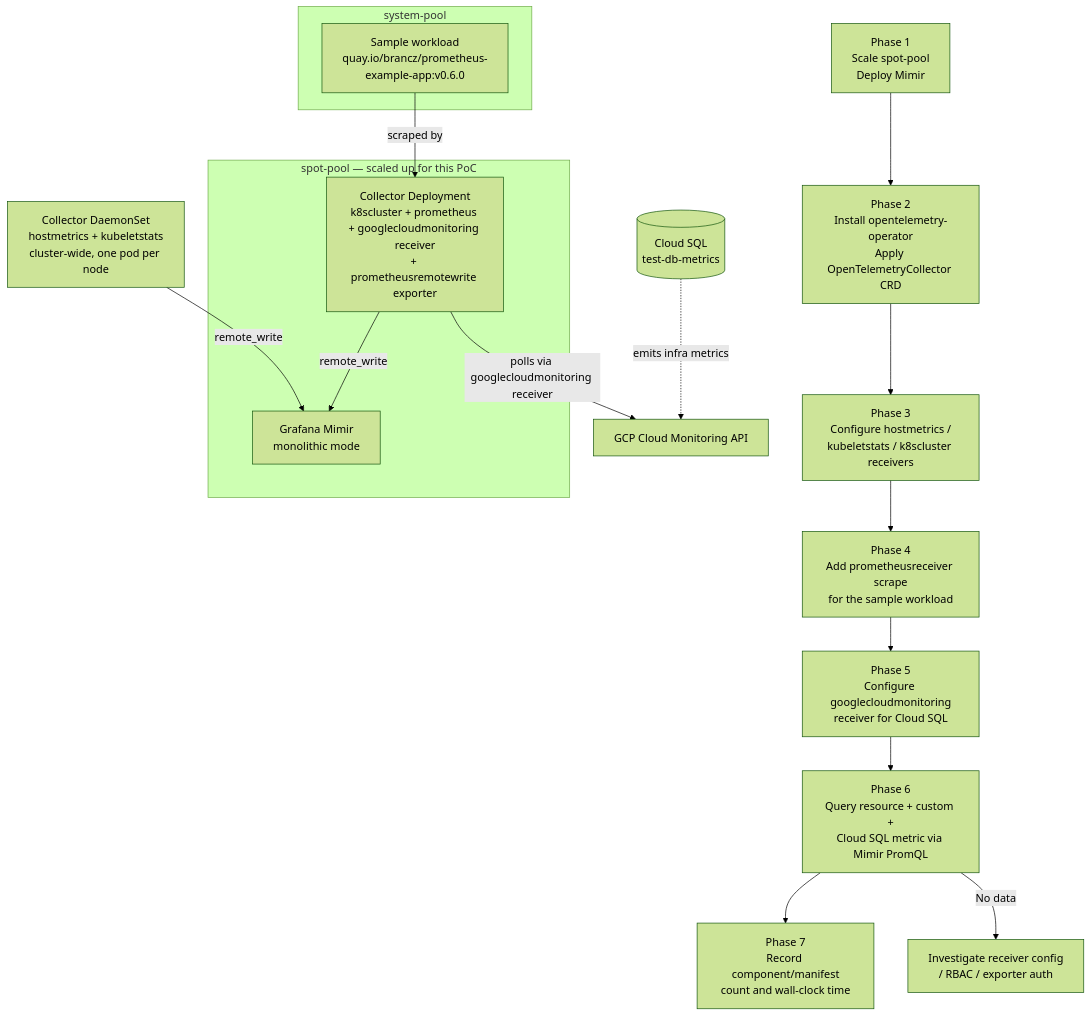
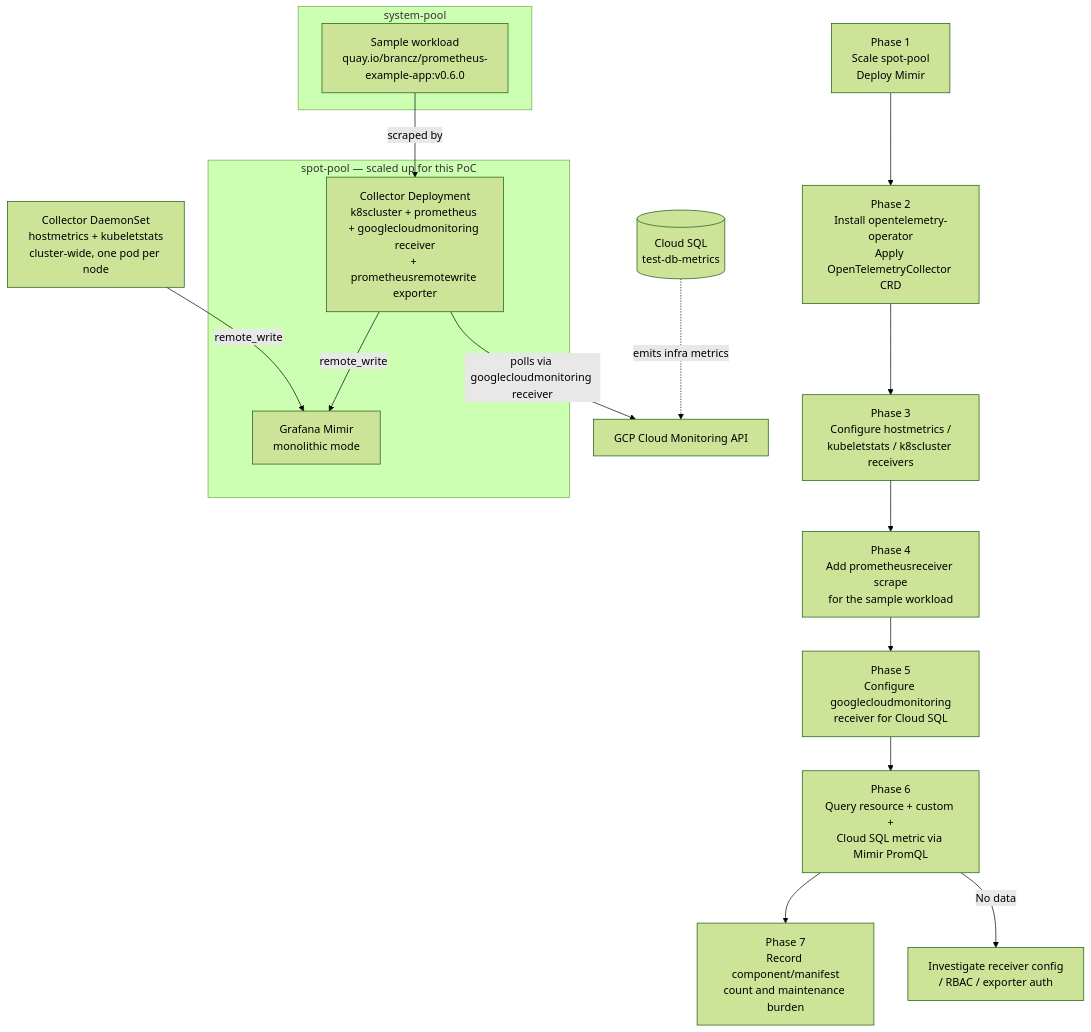
One commit to aripermana-putra/ucp-docs-collection changed the diagram in docs/projects/universal-control-plane-ucp/pocs/monaas-otel-collector/design.md. Above: the diagram before and after it, drawn with Mermaid (forest theme). The commit also changed other lines of this file and 6 other files, not shown here.

````diff
--- a/docs/projects/universal-control-plane-ucp/pocs/monaas-otel-collector/design.md
+++ b/docs/projects/universal-control-plane-ucp/pocs/monaas-otel-collector/design.md
@@ -74,30 +77,30 @@
 ```mermaid
 flowchart TD
     subgraph SystemPool["system-pool"]
         App[Sample workload\nquay.io/brancz/prometheus-example-app:v0.6.0]
     end
 
     subgraph SpotPool["spot-pool — scaled up for this PoC"]
         Dep[Collector Deployment\nk8scluster + prometheus + googlecloudmonitoring receiver\n+ prometheusremotewrite exporter]
         Mimir[Grafana Mimir\nmonolithic mode]
     end
 
     DS[Collector DaemonSet\nhostmetrics + kubeletstats\ncluster-wide, one pod per node]
 
     CloudSQL[(Cloud SQL\ntest-db-metrics)]
     CM[GCP Cloud Monitoring API]
 
     App -- scraped by --> Dep
     CloudSQL -. emits infra metrics .-> CM
     Dep -- polls via googlecloudmonitoring receiver --> CM
     DS -- remote_write --> Mimir
     Dep -- remote_write --> Mimir
 
     P1[Phase 1\nScale spot-pool\nDeploy Mimir] --> P2[Phase 2\nInstall opentelemetry-operator\nApply OpenTelemetryCollector CRD]
     P2 --> P3[Phase 3\nConfigure hostmetrics /\nkubeletstats / k8scluster receivers]
     P3 --> P4[Phase 4\nAdd prometheusreceiver scrape\nfor the sample workload]
     P4 --> P5[Phase 5\nConfigure googlecloudmonitoring\nreceiver for Cloud SQL]
     P5 --> P6[Phase 6\nQuery resource + custom +\nCloud SQL metric via Mimir PromQL]
-    P6 --> P7[Phase 7\nRecord component/manifest\ncount and wall-clock time]
+    P6 --> P7[Phase 7\nRecord component/manifest\ncount and maintenance burden]
     P6 -->|No data| Investigate[Investigate receiver config\n/ RBAC / exporter auth]
 ```
````
